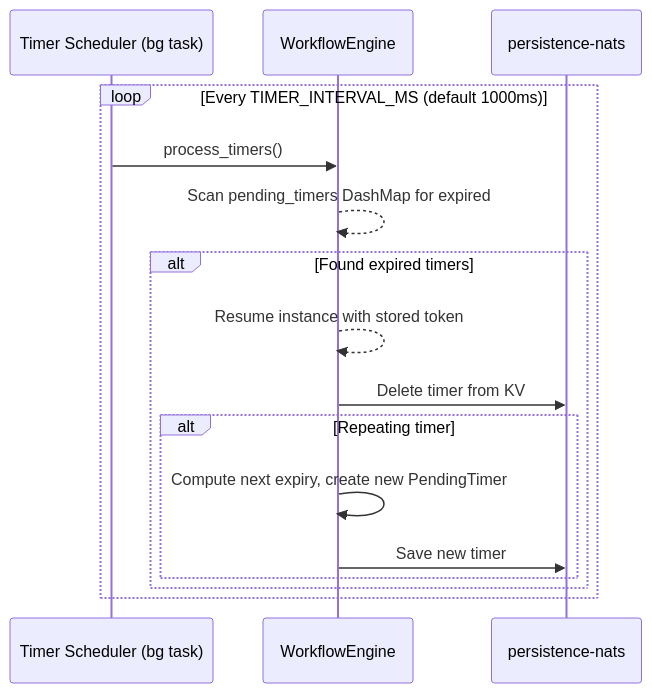
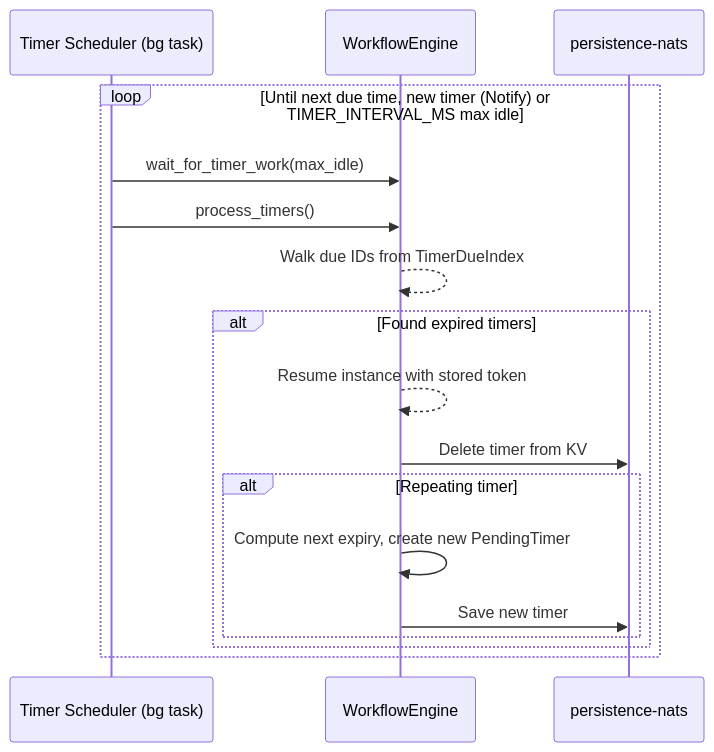
One commit to maatini/bpmninja changed the fourth of 8 diagrams in docs/knowledge-base/architecture/data-flows.md. Above: the diagram before and after it, drawn with Mermaid. The commit also changed other lines of this file and 21 other files, not shown here.

First line of the commit message:
Refactor timer scheduler to be event-driven and improve long-polling for service tasks

````diff
--- a/docs/knowledge-base/architecture/data-flows.md
+++ b/docs/knowledge-base/architecture/data-flows.md
@@ -100,19 +101,20 @@
 ```mermaid
 sequenceDiagram
     participant Scheduler as Timer Scheduler (bg task)
     participant Engine as WorkflowEngine
     participant NATS as persistence-nats
 
-    loop Every TIMER_INTERVAL_MS (default 1000ms)
+    loop Until next due time, new timer (Notify) or TIMER_INTERVAL_MS max idle
+        Scheduler->>Engine: wait_for_timer_work(max_idle)
         Scheduler->>Engine: process_timers()
-        Engine-->>Engine: Scan pending_timers DashMap for expired
+        Engine-->>Engine: Walk due IDs from TimerDueIndex
         alt Found expired timers
             Engine-->>Engine: Resume instance with stored token
             Engine->>NATS: Delete timer from KV
             alt Repeating timer
                 Engine->>Engine: Compute next expiry, create new PendingTimer
                 Engine->>NATS: Save new timer
             end
         end
     end
 ```
````
